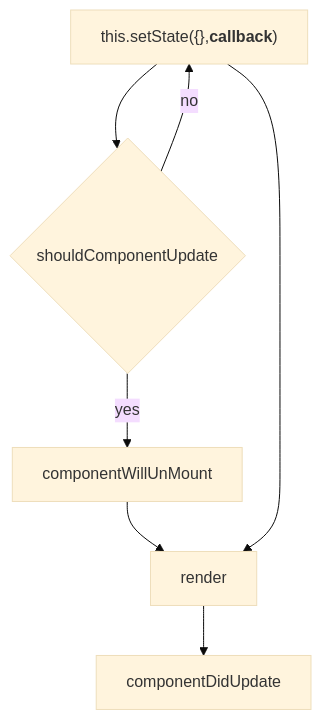
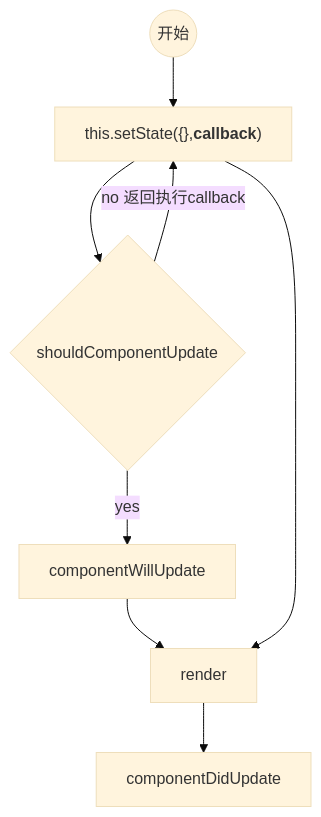
Before and after one commit to HelenZhangLP/blog: the first of 5 diagrams in source/_posts/React-state.md, drawn with Mermaid (base theme). The commit also changed other lines of this file and 42 other files, not shown here.

````diff
--- a/source/_posts/React-state.md
+++ b/source/_posts/React-state.md
@@ -72,11 +71,13 @@
 ```mermaid
   flowchart TB
+  start((开始))
   callback["this.setState({},<b>callback</b>)"]
 
+  start --> callback
   callback --> shouldComponentUpdate{shouldComponentUpdate}
-  shouldComponentUpdate -->|yes| componentWillUpdate[componentWillUnMount]
+  shouldComponentUpdate -->|yes| componentWillUpdate[componentWillUpdate]
   componentWillUpdate --> render[render]
-  shouldComponentUpdate -->|no| callback
+  shouldComponentUpdate -->|no 返回执行callback| callback
   callback --> render
   render --> componentDidUpdate[componentDidUpdate]
 ```
````
